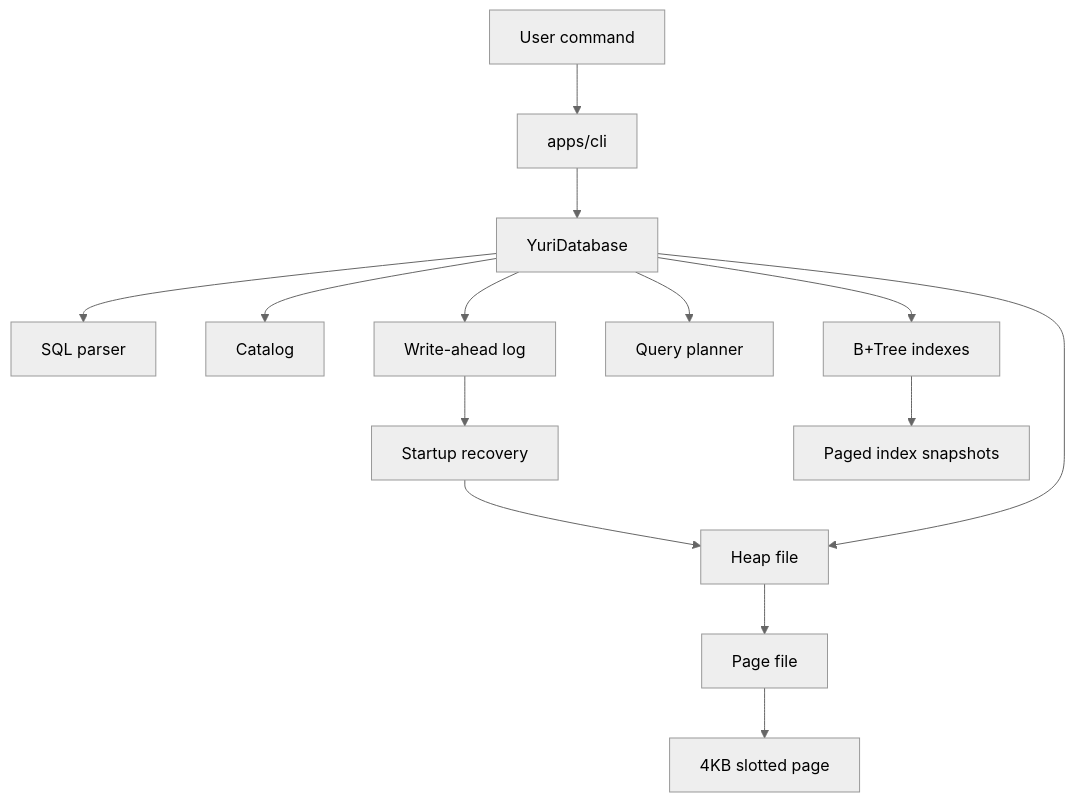
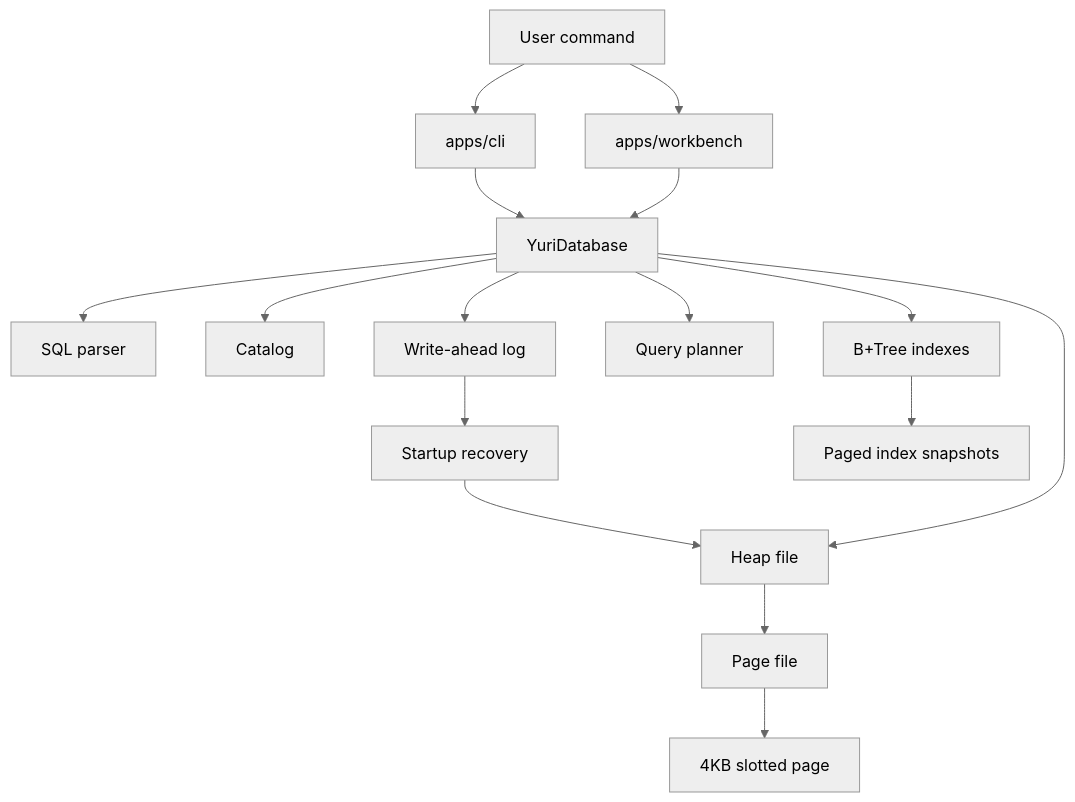
Before and after one commit to yuribarbosacouto/yuri-db-lab: the diagram in docs/ARCHITECTURE.md, drawn with Mermaid (neutral theme). The commit also changed other lines of this file and 16 other files, not shown here.

````diff
--- a/docs/ARCHITECTURE.md
+++ b/docs/ARCHITECTURE.md
@@ -7,16 +7,18 @@
 ```mermaid
 flowchart TD
   User["User command"] --> CLI["apps/cli"]
+  User --> Workbench["apps/workbench"]
   CLI --> Database["YuriDatabase"]
+  Workbench --> Database
   Database --> Parser["SQL parser"]
   Database --> Catalog["Catalog"]
   Database --> Wal["Write-ahead log"]
   Wal --> Recovery["Startup recovery"]
   Recovery --> Heap
   Database --> Planner["Query planner"]
   Database --> Heap["Heap file"]
   Heap --> PageFile["Page file"]
   PageFile --> SlottedPage["4KB slotted page"]
   Database --> BTree["B+Tree indexes"]
   BTree --> IndexPages["Paged index snapshots"]
 ```
````
